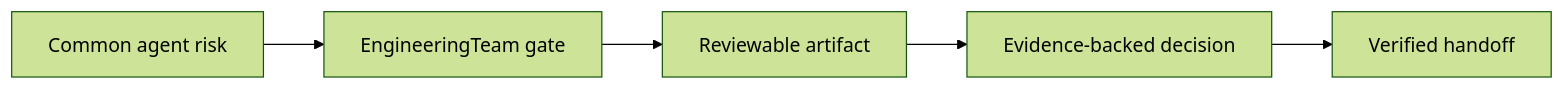
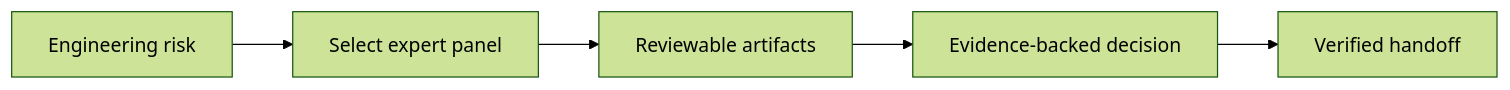
One commit to daeon/EngineeringTeam changed the diagram in docs/why-engineeringteam.md. Above: the diagram before and after it, drawn with Mermaid (forest theme). The commit also changed other lines of this file and 20 other files, not shown here.

Commit message:
Align package metadata with expert panel framing

````diff
--- a/docs/why-engineeringteam.md
+++ b/docs/why-engineeringteam.md
@@ -36,7 +38,7 @@
 ```mermaid
 flowchart LR
-    risk[Common agent risk] --> gate[EngineeringTeam gate]
-    gate --> artifact[Reviewable artifact]
+    risk[Engineering risk] --> panel[Select expert panel]
+    panel --> artifact[Reviewable artifacts]
     artifact --> evidence[Evidence-backed decision]
     evidence --> verification[Verified handoff]
 ```
````
